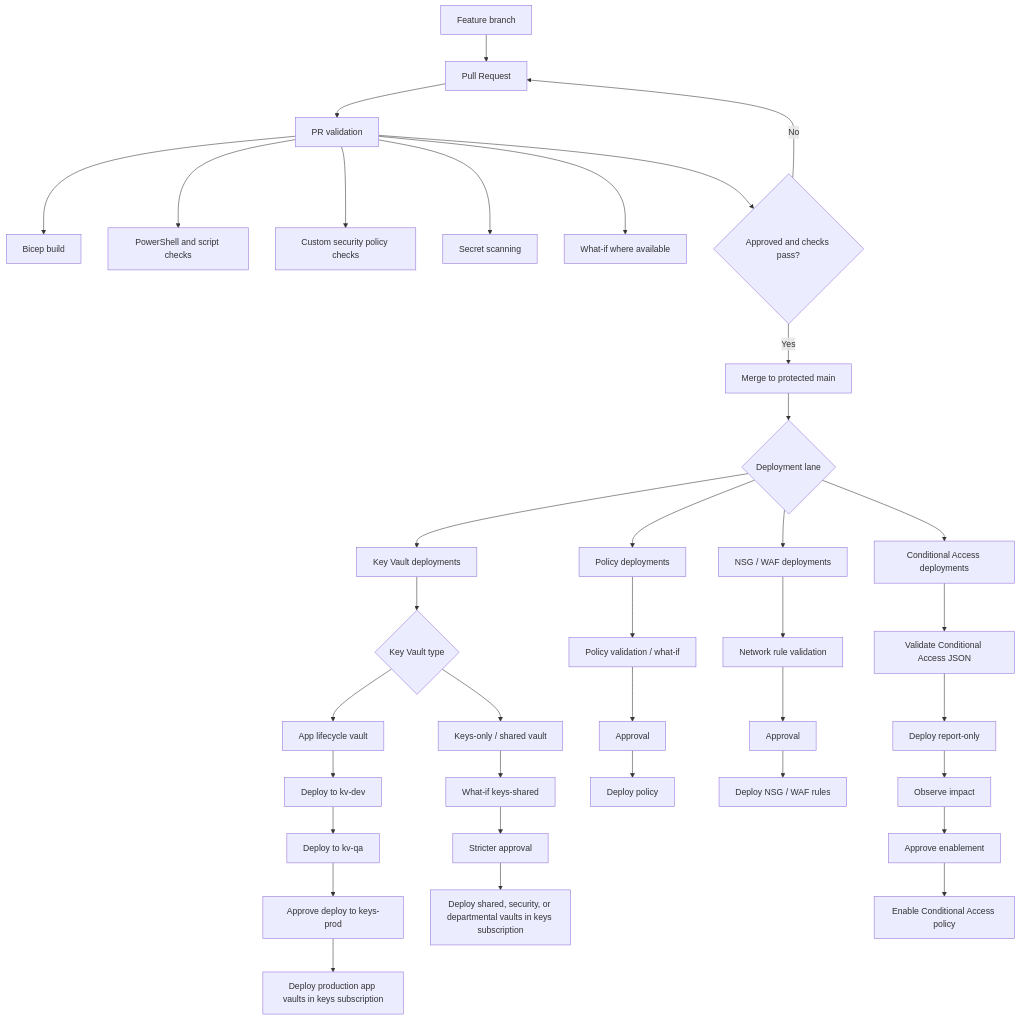
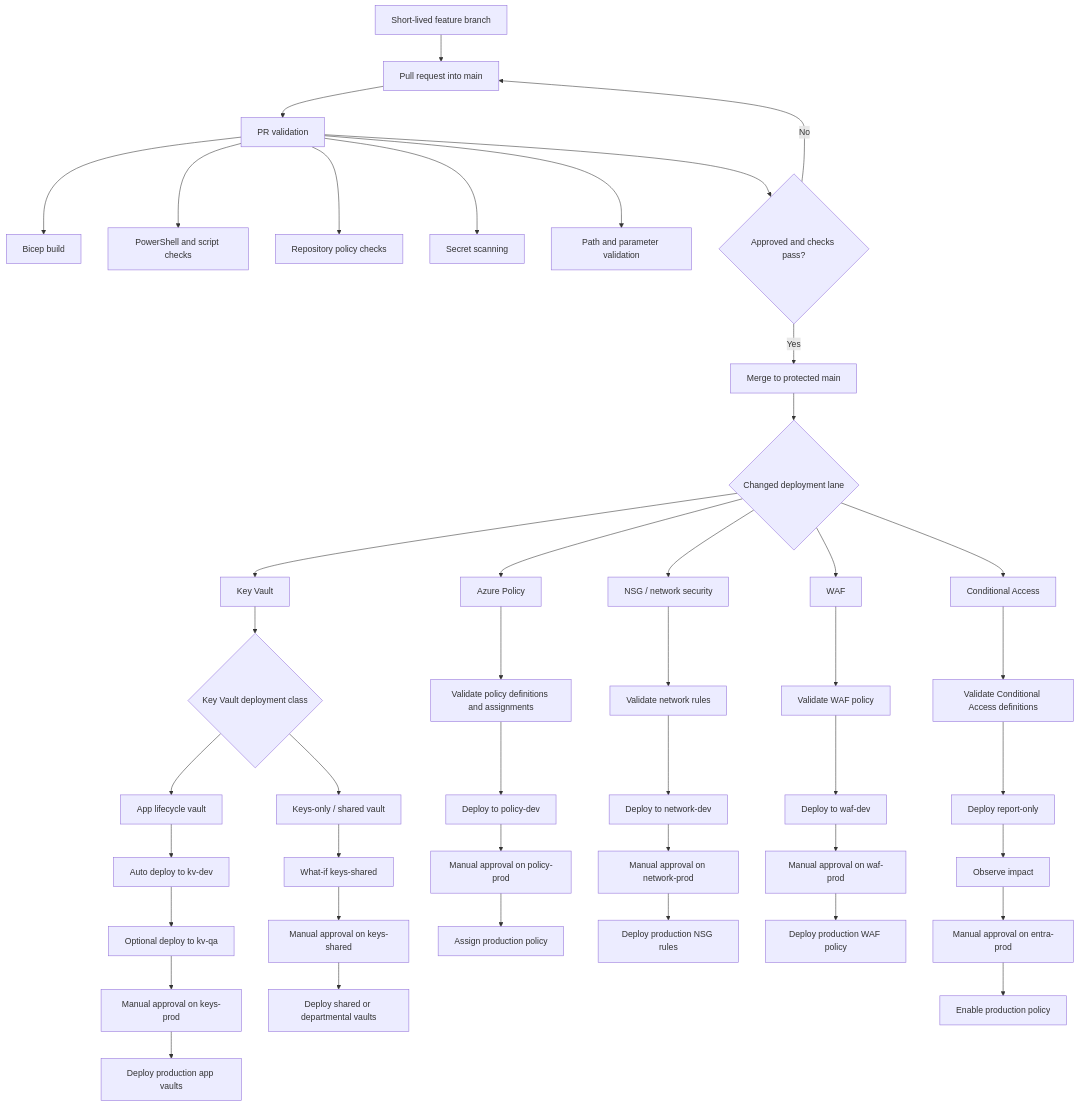
One commit to joeypshell/security-test changed the diagram in docs/diagrams/deployment-flows.md. Above: the diagram before and after it, drawn with Mermaid. The commit also changed other lines of this file, not shown here.

Commit message:
Update deployment flow diagram for environment model

````diff
--- a/docs/diagrams/deployment-flows.md
+++ b/docs/diagrams/deployment-flows.md
@@ -5,49 +5,56 @@
 ```mermaid
 flowchart TD
-    A["Feature branch"] --> B["Pull Request"]
+    A["Short-lived feature branch"] --> B["Pull request into main"]
 
     B --> C["PR validation"]
     C --> C1["Bicep build"]
     C --> C2["PowerShell and script checks"]
-    C --> C3["Custom security policy checks"]
+    C --> C3["Repository policy checks"]
     C --> C4["Secret scanning"]
-    C --> C5["What-if where available"]
+    C --> C5["Path and parameter validation"]
 
     C --> D{"Approved and checks pass?"}
     D -- "No" --> B
     D -- "Yes" --> E["Merge to protected main"]
 
-    E --> F{"Deployment lane"}
+    E --> F{"Changed deployment lane"}
 
-    F --> G["Key Vault deployments"]
-    F --> H["Policy deployments"]
-    F --> I["NSG / WAF deployments"]
-    F --> J["Conditional Access deployments"]
+    F --> G["Key Vault"]
+    F --> H["Azure Policy"]
+    F --> I["NSG / network security"]
+    F --> J["WAF"]
+    F --> K["Conditional Access"]
 
-    G --> K{"Key Vault type"}
+    G --> G1{"Key Vault deployment class"}
+    G1 --> G2["App lifecycle vault"]
+    G2 --> G3["Auto deploy to kv-dev"]
+    G3 --> G4["Optional deploy to kv-qa"]
+    G4 --> G5["Manual approval on keys-prod"]
+    G5 --> G6["Deploy production app vaults"]
 
-    K --> L["App lifecycle vault"]
-    L --> L1["Deploy to kv-dev"]
-    L1 --> L2["Deploy to kv-qa"]
-    L2 --> L3["Approve deploy to keys-prod"]
-    L3 --> L4["Deploy production app vaults in keys subscription"]
+    G1 --> G7["Keys-only / shared vault"]
+    G7 --> G8["What-if keys-shared"]
+    G8 --> G9["Manual approval on keys-shared"]
+    G9 --> G10["Deploy shared or departmental vaults"]
 
-    K --> M["Keys-only / shared vault"]
-    M --> M1["What-if keys-shared"]
-    M1 --> M2["Stricter approval"]
-    M2 --> M3["Deploy shared, security, or departmental vaults in keys subscription"]
+    H --> H1["Validate policy definitions and assignments"]
+    H1 --> H2["Deploy to policy-dev"]
+    H2 --> H3["Manual approval on policy-prod"]
+    H3 --> H4["Assign production policy"]
 
-    H --> H1["Policy validation / what-if"]
-    H1 --> H2["Approval"]
-    H2 --> H3["Deploy policy"]
+    I --> I1["Validate network rules"]
+    I1 --> I2["Deploy to network-dev"]
+    I2 --> I3["Manual approval on network-prod"]
+    I3 --> I4["Deploy production NSG rules"]
 
-    I --> I1["Network rule validation"]
-    I1 --> I2["Approval"]
-    I2 --> I3["Deploy NSG / WAF rules"]
+    J --> J1["Validate WAF policy"]
+    J1 --> J2["Deploy to waf-dev"]
+    J2 --> J3["Manual approval on waf-prod"]
+    J3 --> J4["Deploy production WAF policy"]
 
-    J --> J1["Validate Conditional Access JSON"]
-    J1 --> J2["Deploy report-only"]
-    J2 --> J3["Observe impact"]
-    J3 --> J4["Approve enablement"]
-    J4 --> J5["Enable Conditional Access policy"]
+    K --> K1["Validate Conditional Access definitions"]
+    K1 --> K2["Deploy report-only"]
+    K2 --> K3["Observe impact"]
+    K3 --> K4["Manual approval on entra-prod"]
+    K4 --> K5["Enable production policy"]
 ```
````
